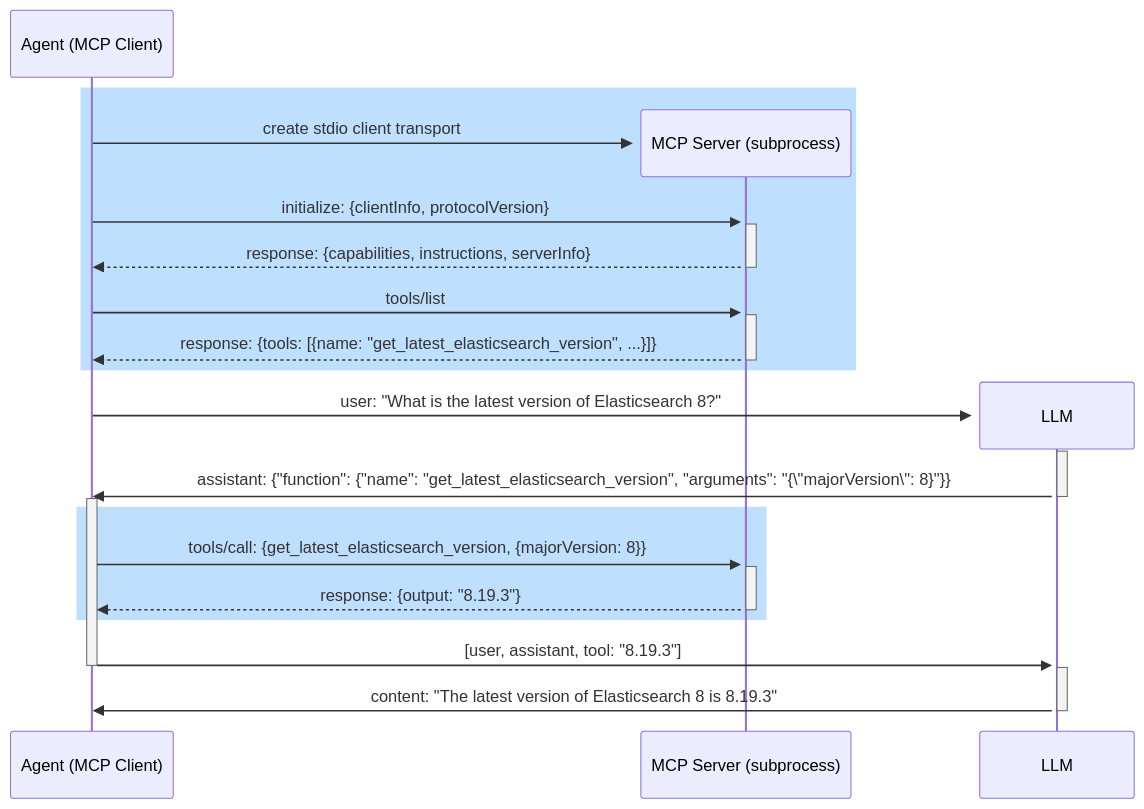
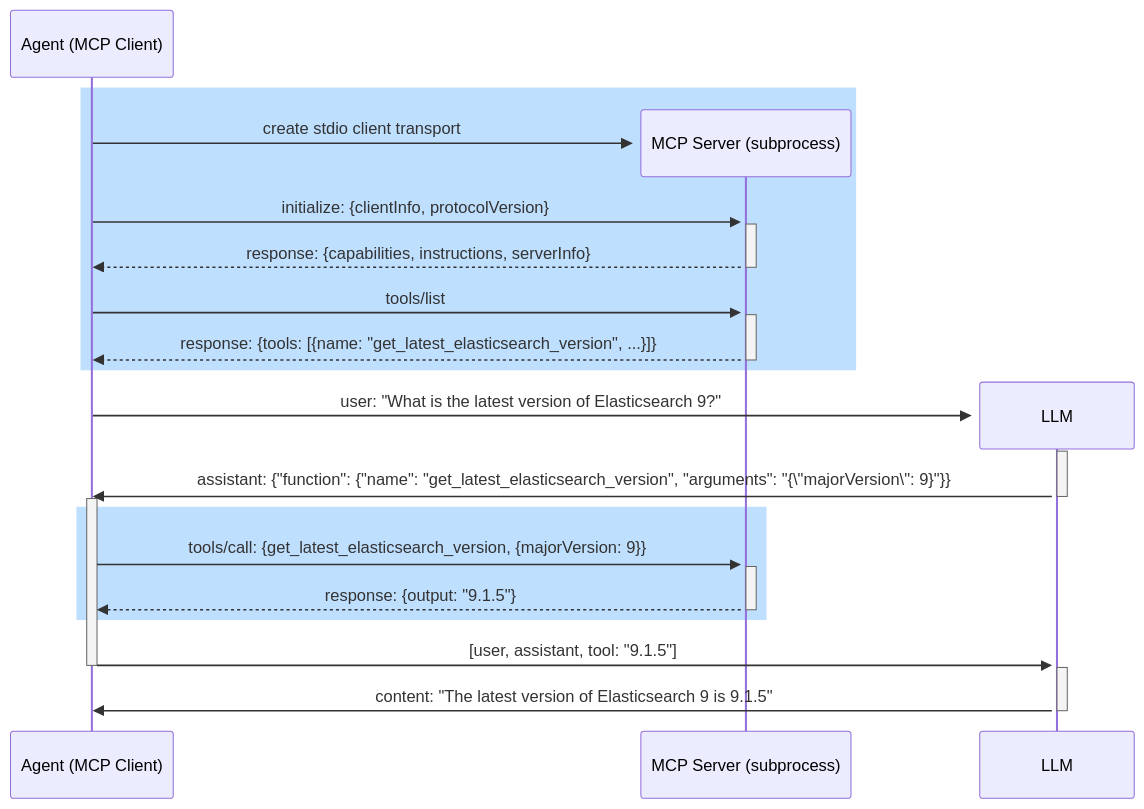
Before and after one commit to elastic/observability-examples: the second of 2 diagrams in genai-function-calling/README.md, drawn with Mermaid. The commit also changed other lines of this file and 13 other files, not shown here.

````diff
--- a/genai-function-calling/README.md
+++ b/genai-function-calling/README.md
@@ -160,33 +160,33 @@
 ```mermaid
 sequenceDiagram
     participant Agent as Agent (MCP Client)
 
     rect rgb(191, 223, 255)
     activate LLM
     create participant MCP as MCP Server (subprocess)
     Agent->>+MCP: create stdio client transport
     Agent->>+MCP: initialize: {clientInfo, protocolVersion}
     MCP-->>-Agent: response: {capabilities, instructions, serverInfo}
     Agent->>+MCP: tools/list
     MCP-->>-Agent: response: {tools: [{name: "get_latest_elasticsearch_version", ...}]}
     end
 
     create participant LLM
 
-    Agent->>LLM: user: "What is the latest version of Elasticsearch 8?"
+    Agent->>LLM: user: "What is the latest version of Elasticsearch 9?"
     activate LLM
-    LLM->>Agent: assistant: {"function": {"name": "get_latest_elasticsearch_version", "arguments": "{\"majorVersion\": 8}"}}
+    LLM->>Agent: assistant: {"function": {"name": "get_latest_elasticsearch_version", "arguments": "{\"majorVersion\": 9}"}}
     deactivate LLM
     activate Agent
 
     rect rgb(191, 223, 255)
-    Agent->>+MCP: tools/call: {get_latest_elasticsearch_version, {majorVersion: 8}}
-    MCP-->>-Agent: response: {output: "8.19.3"}
+    Agent->>+MCP: tools/call: {get_latest_elasticsearch_version, {majorVersion: 9}}
+    MCP-->>-Agent: response: {output: "9.1.5"}
     end
 
-    Agent->>LLM: [user, assistant, tool: "8.19.3"]
+    Agent->>LLM: [user, assistant, tool: "9.1.5"]
     deactivate Agent
     activate LLM
-    LLM->>Agent: content: "The latest version of Elasticsearch 8 is 8.19.3"
+    LLM->>Agent: content: "The latest version of Elasticsearch 9 is 9.1.5"
     deactivate LLM
 ```
````
